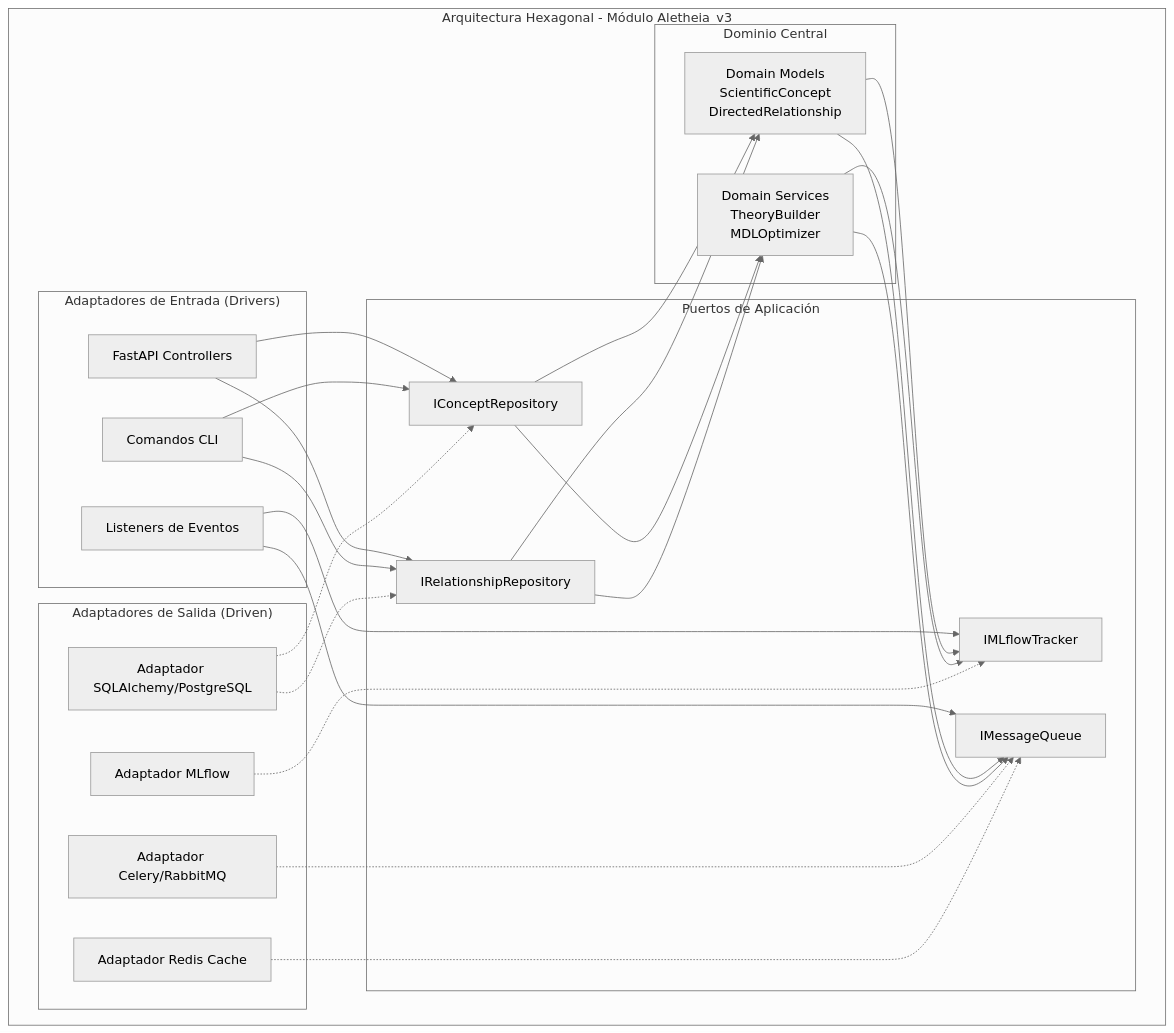
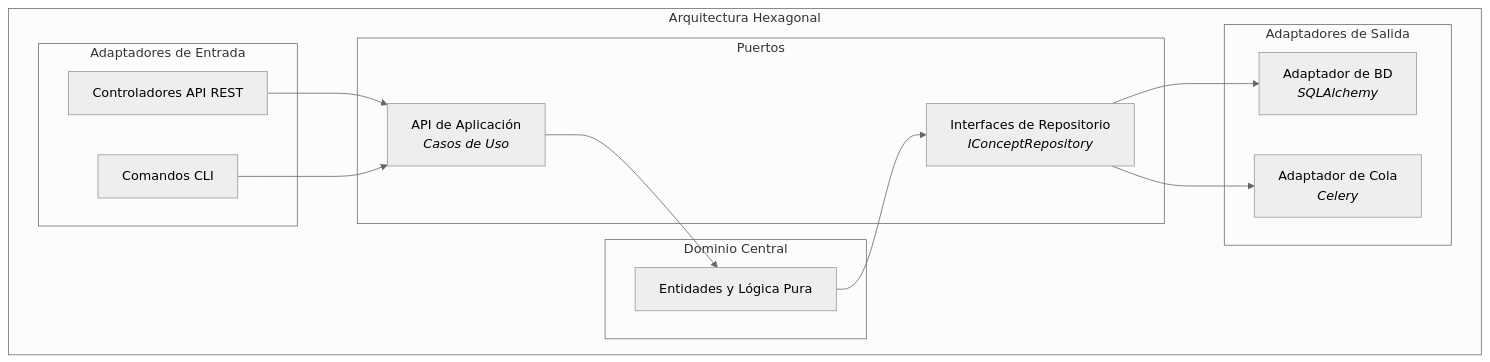
One commit to SunNeurotron/Aletheia changed the third of 4 diagrams in README.md. Above: the diagram before and after it, drawn with Mermaid (neutral theme). The commit also changed other lines of this file, not shown here.

````diff
--- a/README.md
+++ b/README.md
@@ -273,34 +103,26 @@
 ```mermaid
 graph TD
-    subgraph "Arquitectura Hexagonal - Módulo Aletheia_v3"
+    subgraph "Arquitectura Hexagonal"
         subgraph "Dominio Central"
-            DOM[Domain Models<br/>ScientificConcept<br/>DirectedRelationship]
-            DS[Domain Services<br/>TheoryBuilder<br/>MDLOptimizer]
+            DOM[Entidades y Lógica Pura]
         end
-        subgraph "Puertos de Aplicación"
-            P1[IConceptRepository]
-            P2[IRelationshipRepository]
-            P3[IMLflowTracker]
-            P4[IMessageQueue]
+        subgraph "Puertos"
+            P_IN[API de Aplicación<br><i>Casos de Uso</i>]
+            P_OUT[Interfaces de Repositorio<br><i>IConceptRepository</i>]
         end
-        subgraph "Adaptadores de Entrada (Drivers)"
-            API[FastAPI Controllers]
-            CLI[Comandos CLI]
-            EVT[Listeners de Eventos]
+        subgraph "Adaptadores de Entrada"
+            A_IN_API[Controladores API REST]
+            A_IN_CLI[Comandos CLI]
         end
-        subgraph "Adaptadores de Salida (Driven)"
-            SQL[Adaptador SQLAlchemy/PostgreSQL]
-            MLF2[Adaptador MLflow]
-            CEL[Adaptador Celery/RabbitMQ]
-            RED[Adaptador Redis Cache]
+        subgraph "Adaptadores de Salida"
+            A_OUT_DB[Adaptador de BD<br><i>SQLAlchemy</i>]
+            A_OUT_MQ[Adaptador de Cola<br><i>Celery</i>]
         end
-        API --> P1 & P2
-        CLI --> P1 & P2
-        EVT --> P3 & P4
-        P1 & P2 --> DOM & DS
-        DOM & DS --> P3 & P4
-        SQL -.-> P1 & P2
-        MLF2 -.-> P3
-        CEL & RED -.-> P4
+        A_IN_API --> P_IN
+        A_IN_CLI --> P_IN
+        P_IN --> DOM
+        DOM --> P_OUT
+        P_OUT --> A_OUT_DB
+        P_OUT --> A_OUT_MQ
     end
 ```
````
